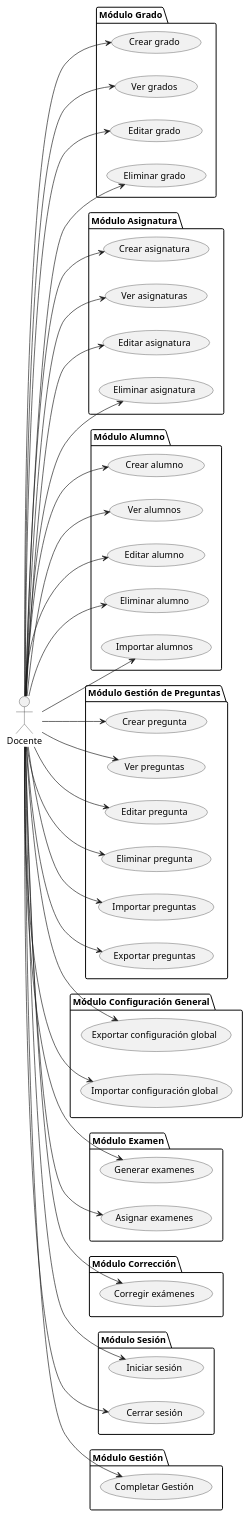
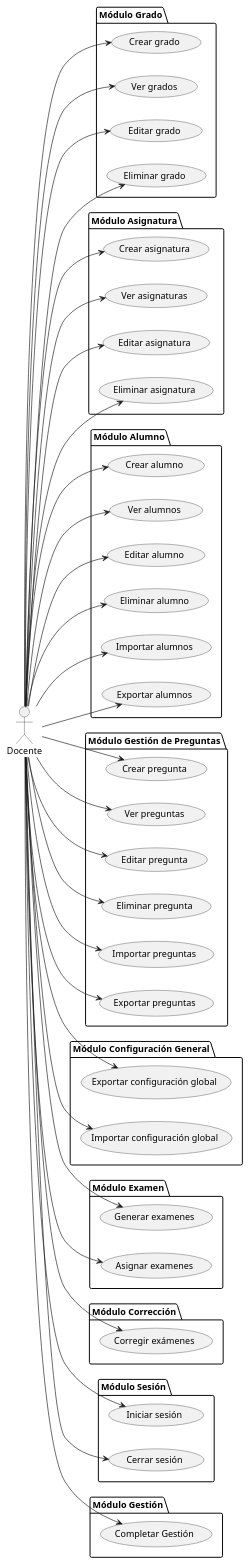
The diagram in documents/casos-de-uso/encontrarActoresYCasosDeUso/actoresYCasosDeUso-docente.puml (martinlopez7/25-26-IdSw1-SdR), drawn with PlantUML before and after one commit. The commit also changed 5 other files, not shown here.

Commit message:
fix(cu) : añade caso de uso exportarAlumno a los diagramas de docente,completo y contexto [refs #50]

```diff
--- a/documents/casos-de-uso/encontrarActoresYCasosDeUso/actoresYCasosDeUso-docente.puml
+++ b/documents/casos-de-uso/encontrarActoresYCasosDeUso/actoresYCasosDeUso-docente.puml
@@ -1,93 +1,95 @@
 @startuml actoresYCasosDeUso-docente
 
 left to right direction
 
 actor "Docente" as doc
 
 package "Módulo Grado" {
   usecase "Crear grado" as UC1
   usecase "Ver grados" as UC2
   usecase "Editar grado" as UC3
   usecase "Eliminar grado" as UC4
 }
 
 package "Módulo Asignatura" {
   usecase "Crear asignatura" as UC5
   usecase "Ver asignaturas" as UC6
   usecase "Editar asignatura" as UC7
   usecase "Eliminar asignatura" as UC8
 }
 
 package "Módulo Alumno" {
   usecase "Crear alumno" as UC9
   usecase "Ver alumnos" as UC10
   usecase "Editar alumno" as UC11
   usecase "Eliminar alumno" as UC12
    usecase "Importar alumnos" as UC19
+   usecase "Exportar alumnos" as UC17
 }
 
 
 
 package "Módulo Gestión de Preguntas" {
   usecase "Crear pregunta" as UC20
   usecase "Ver preguntas" as UC21
   usecase "Editar pregunta" as UC22
   usecase "Eliminar pregunta" as UC23
   usecase "Importar preguntas" as UC24
   usecase "Exportar preguntas" as UC25
 }
 
 package "Módulo Configuración General" {
   usecase "Exportar configuración global" as UC26
   usecase "Importar configuración global" as UC27
 }
 
 package "Módulo Examen" {
   usecase "Generar examenes" as UC28
   usecase "Asignar examenes" as UC29
  
 }
 
 package "Módulo Corrección" {
   usecase "Corregir exámenes" as UC31
 }
 
 package "Módulo Sesión" {
   usecase "Iniciar sesión" as UC41
   usecase "Cerrar sesión" as UC42
 }
 
 package "Módulo Gestión" {
   usecase "Completar Gestión" as UC13
 
 }
 
 doc --> UC1
 doc --> UC2
 doc --> UC3
 doc --> UC4
 doc --> UC5
 doc --> UC6
 doc --> UC7
 doc --> UC8
 doc --> UC9
 doc --> UC10
 doc --> UC11
 doc --> UC12
 doc --> UC13
+doc --> UC17
 doc --> UC19
 doc --> UC20
 doc --> UC21
 doc --> UC22
 doc --> UC23
 doc --> UC24
 doc --> UC25
 doc --> UC26
 doc --> UC27
 doc --> UC28
 doc --> UC29
 doc --> UC31
 doc --> UC41
 doc --> UC42
 
 @enduml
```
